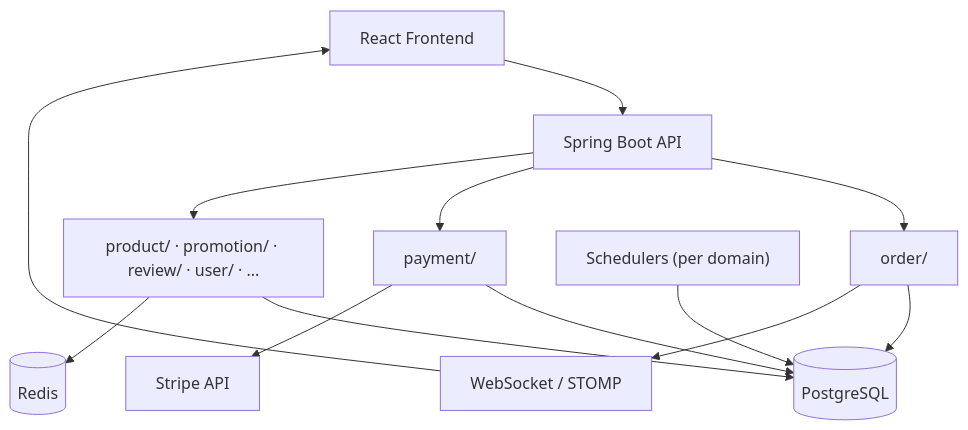
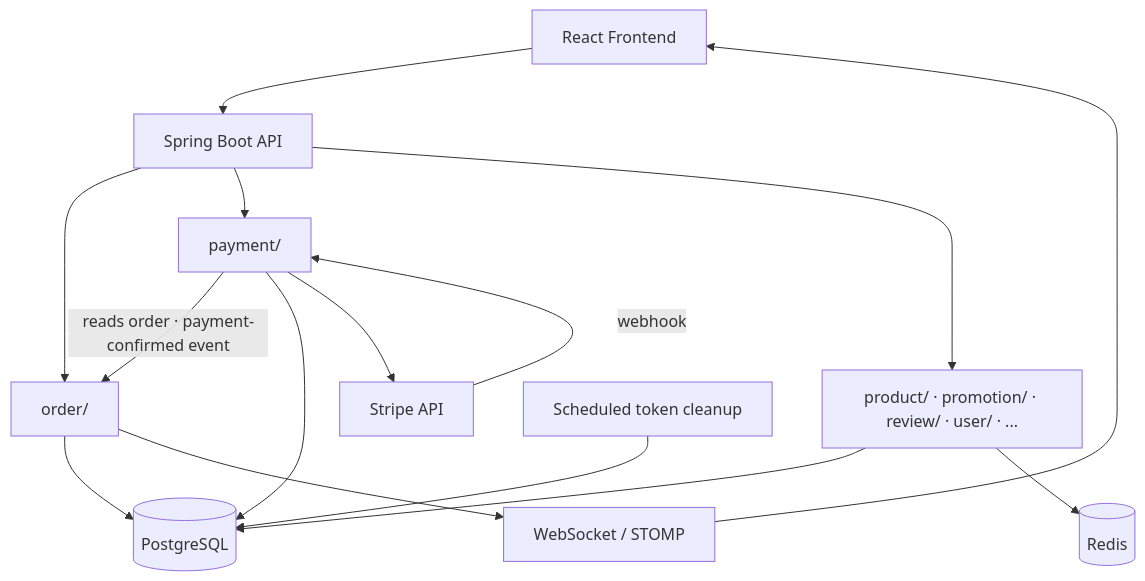
One commit to AntonBas/sushi-shop changed the diagram in README.md. Above: the diagram before and after it, drawn with Mermaid.

Commit message:
docs: update diagram

````diff
--- a/README.md
+++ b/README.md
@@ -88,21 +88,24 @@
 ```mermaid
 flowchart TD
     A[React Frontend] --> B[Spring Boot API]
 
     B --> OR["order/"]
     B --> PY["payment/"]
     B --> RS["product/ · promotion/ · review/ · user/ · ..."]
 
+    PY -->|reads order · payment-confirmed event| OR
+
     OR --> DB[(PostgreSQL)]
     PY --> DB
     RS --> DB
 
     RS --> CACHE[(Redis)]
 
+    PY --> ST[Stripe API]
+    ST -->|webhook| PY
+
     OR --> WS[WebSocket / STOMP]
     WS --> A
 
-    PY --> ST[Stripe API]
-
-    S["Schedulers (per domain)"] --> DB
+    S["Scheduled token cleanup"] --> DB
 ```
````
